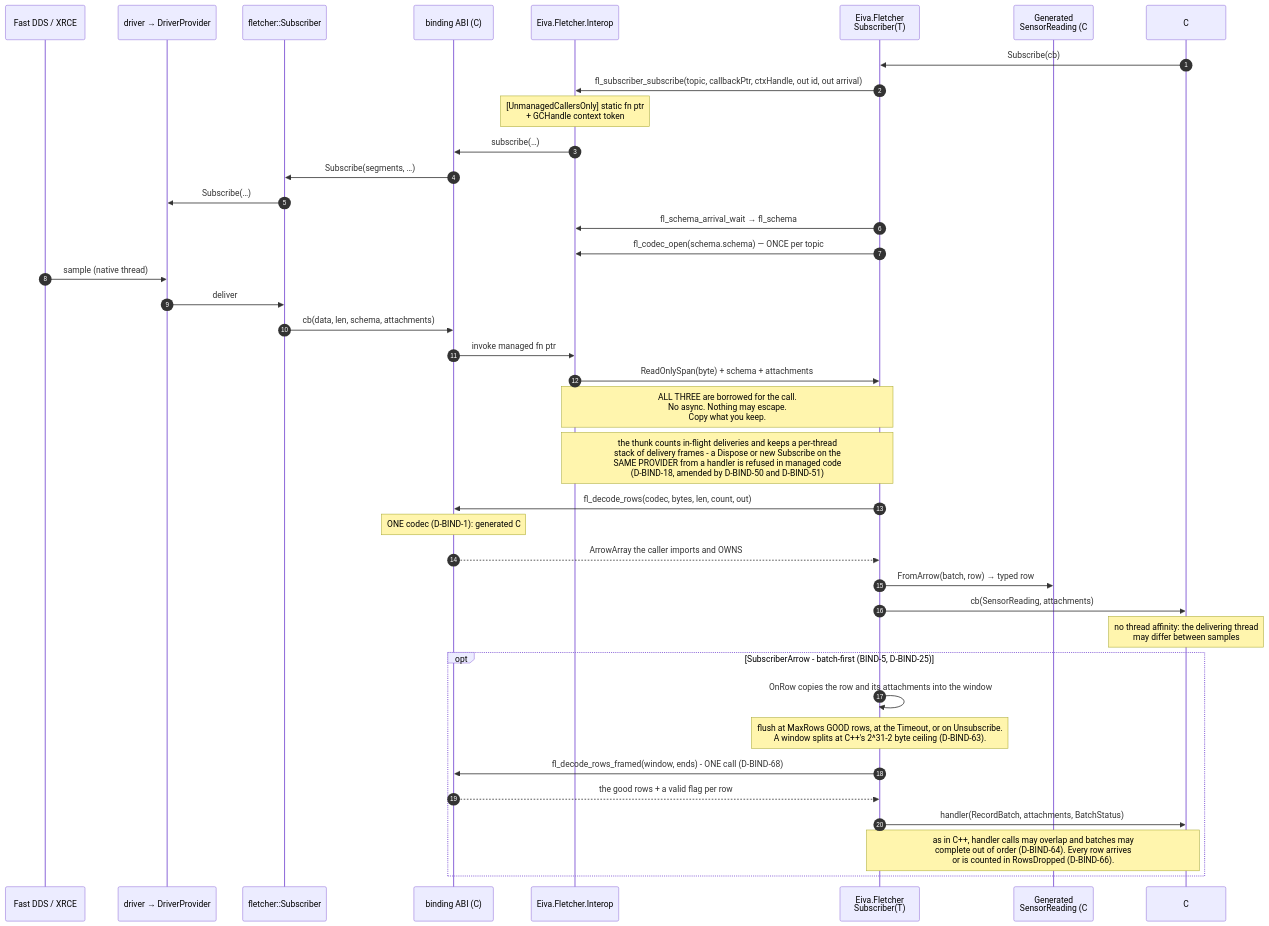
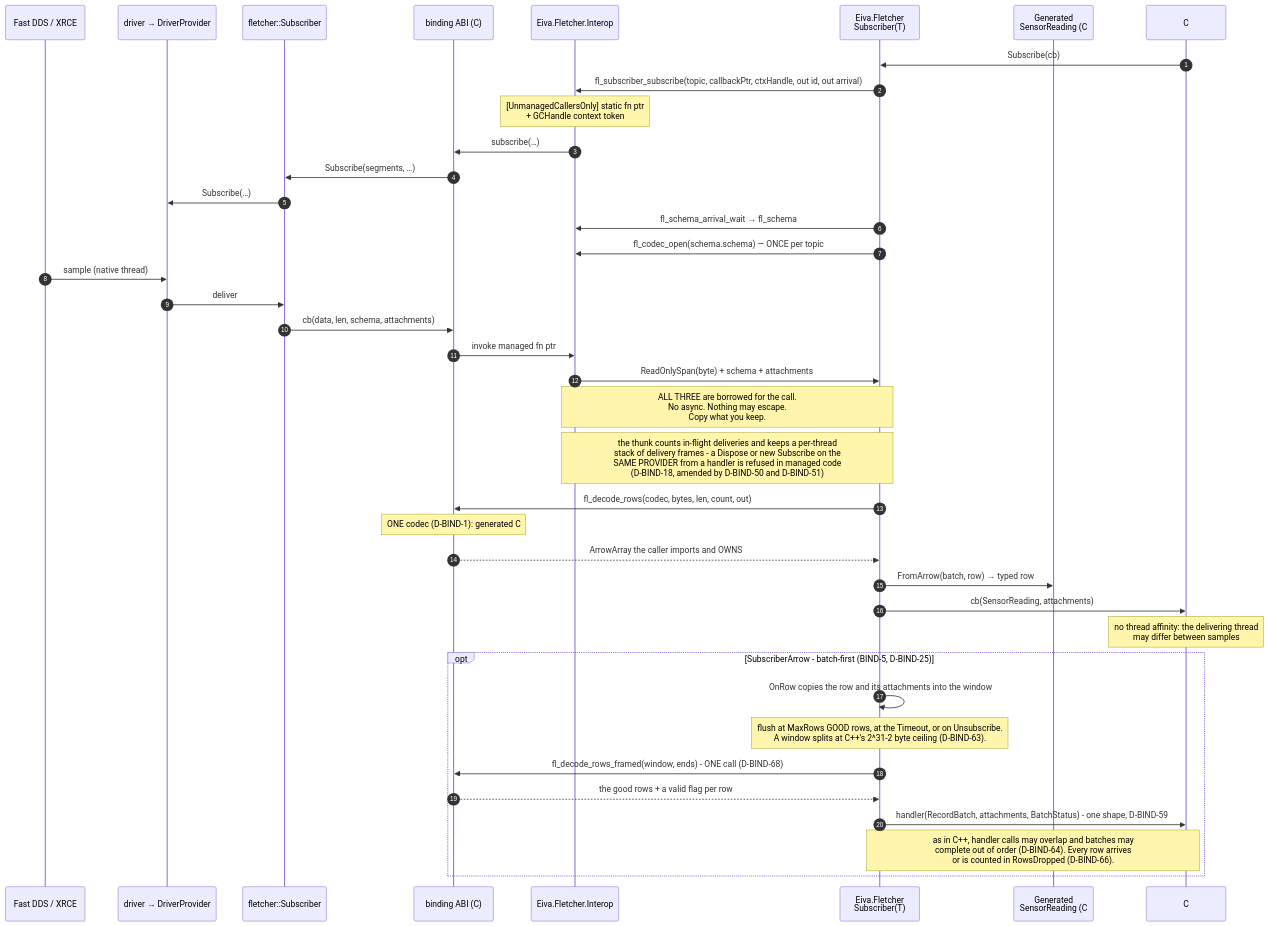
The eighth of 9 diagrams in plans/BIND-architecture-diagrams.md (eivacom/Fletcher), drawn with Mermaid before and after one commit. The commit also changed other lines of this file and 3 other files, not shown here.

````diff
--- a/plans/BIND-architecture-diagrams.md
+++ b/plans/BIND-architecture-diagrams.md
@@ -490,44 +490,44 @@
 ```mermaid
 sequenceDiagram
     autonumber
     participant Net as Fast DDS / XRCE
     participant Drv as driver → DriverProvider
     participant Cpp as fletcher::Subscriber
     participant ABI as binding ABI (C)
     participant Int as Eiva.Fletcher.Interop
     participant CsSub as Eiva.Fletcher<br/>Subscriber(T)
     participant Gen as Generated<br/>SensorReading (C#)
     participant App as C# app
 
     App->>CsSub: Subscribe(cb)
     CsSub->>Int: fl_subscriber_subscribe(topic, callbackPtr, ctxHandle, out id, out arrival)
     Note over Int: [UnmanagedCallersOnly] static fn ptr<br/>+ GCHandle context token
     Int->>ABI: subscribe(…)
     ABI->>Cpp: Subscribe(segments, …)
     Cpp->>Drv: Subscribe(…)
     CsSub->>Int: fl_schema_arrival_wait → fl_schema
     CsSub->>Int: fl_codec_open(schema.schema) — ONCE per topic
 
     Net->>Drv: sample (native thread)
     Drv->>Cpp: deliver
     Cpp->>ABI: cb(data, len, schema, attachments)
     ABI->>Int: invoke managed fn ptr
     Int->>CsSub: ReadOnlySpan(byte) + schema + attachments
     Note over Int,CsSub: ALL THREE are borrowed for the call.<br/>No async. Nothing may escape.<br/>Copy what you keep.
     Note over Int,CsSub: the thunk counts in-flight deliveries and keeps a per-thread<br/>stack of delivery frames - a Dispose or new Subscribe on the<br/>SAME PROVIDER from a handler is refused in managed code<br/>(D-BIND-18, amended by D-BIND-50 and D-BIND-51)
     CsSub->>ABI: fl_decode_rows(codec, bytes, len, count, out)
     Note over ABI: ONE codec (D-BIND-1): generated C# reads and writes NO wire bytes.<br/>Decode touches no provider and takes no lock the delivery path holds,<br/>so it is callable from INSIDE this callback — which is where a subscriber wants it.
     ABI-->>CsSub: ArrowArray the caller imports and OWNS
     CsSub->>Gen: FromArrow(batch, row) → typed row
     CsSub->>App: cb(SensorReading, attachments)
     Note over App: no thread affinity: the delivering thread<br/>may differ between samples
 
     opt SubscriberArrow - batch-first (BIND-5, D-BIND-25)
         CsSub->>CsSub: OnRow copies the row and its attachments into the window
         Note over CsSub: flush at MaxRows GOOD rows, at the Timeout, or on Unsubscribe.<br/>A window splits at C++'s 2^31-2 byte ceiling (D-BIND-63).
         CsSub->>ABI: fl_decode_rows_framed(window, ends) - ONE call (D-BIND-68)
         ABI-->>CsSub: the good rows + a valid flag per row
-        CsSub->>App: handler(RecordBatch, attachments, BatchStatus)
+        CsSub->>App: handler(RecordBatch, attachments, BatchStatus) - one shape, D-BIND-59
         Note over CsSub,App: as in C++, handler calls may overlap and batches may<br/>complete out of order (D-BIND-64). Every row arrives<br/>or is counted in RowsDropped (D-BIND-66).
     end
 ```
````
